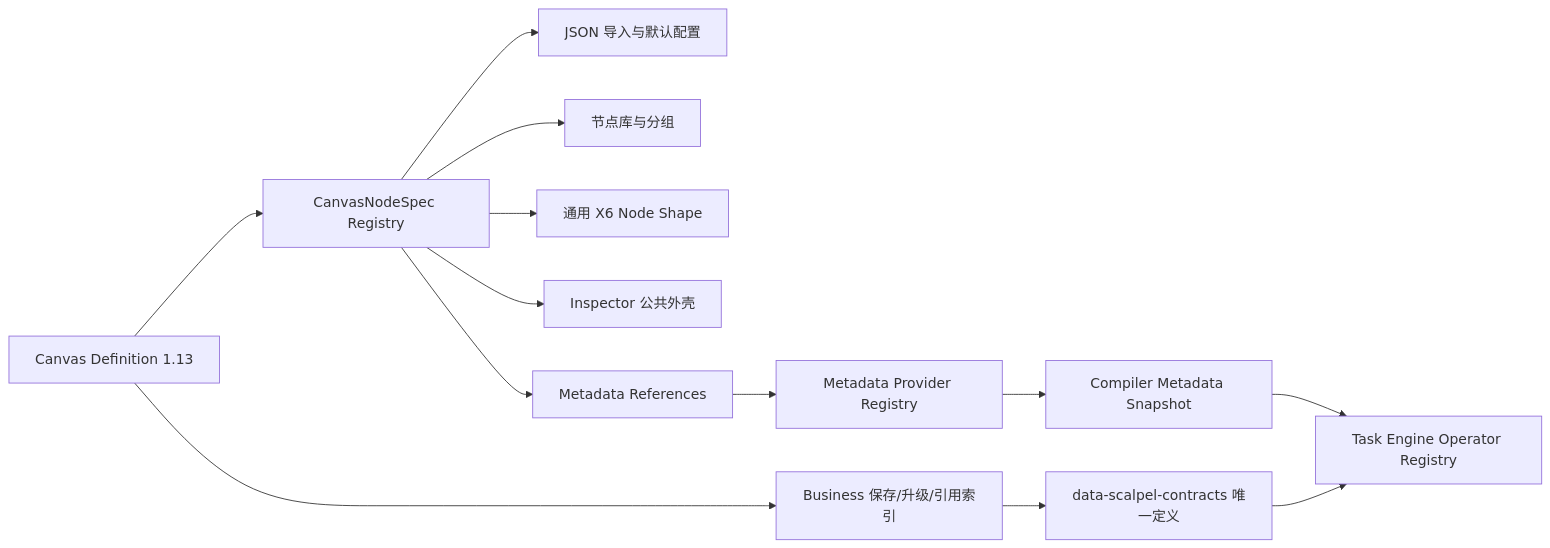
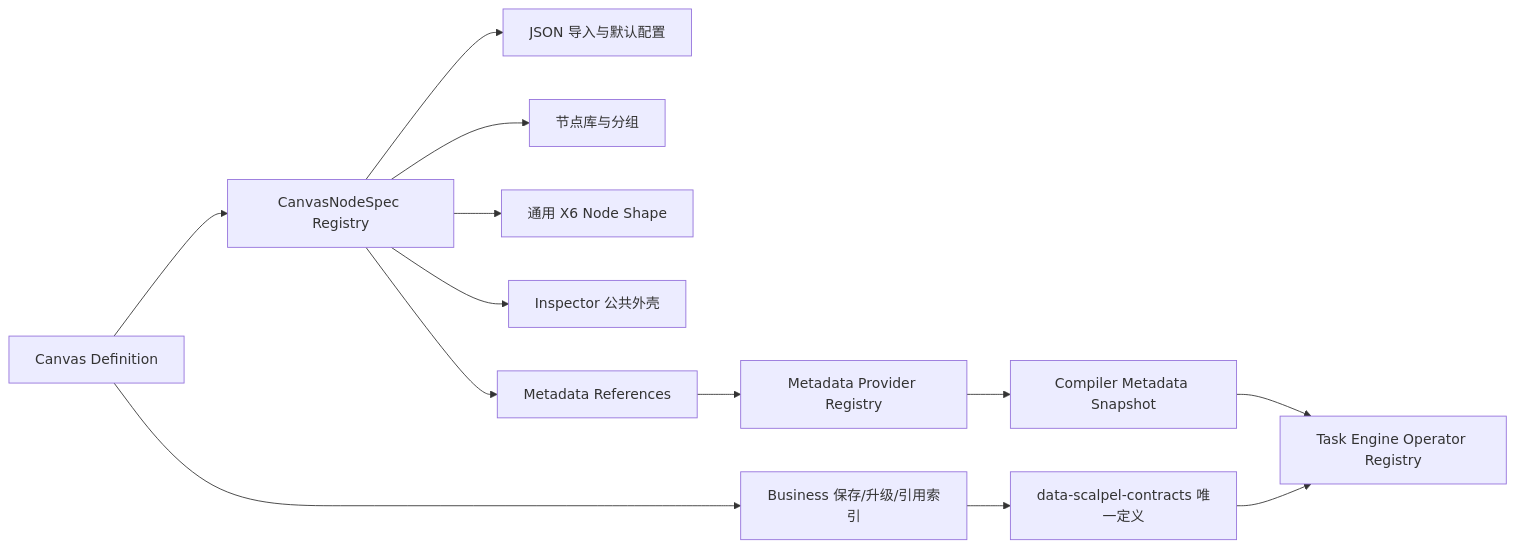
Before and after one commit to SuperHuang-CN/SuperDataScalpel: the diagram in docs/design/canvas-node-extension-architecture.md, drawn with Mermaid. The commit also changed other lines of this file and 1373 other files, not shown here.

````diff
--- a/docs/design/canvas-node-extension-architecture.md
+++ b/docs/design/canvas-node-extension-architecture.md
@@ -64,15 +64,15 @@
 ```mermaid
 flowchart LR
-    Definition["Canvas Definition 1.13"] --> ProtocolRegistry["CanvasNodeSpec Registry"]
+    Definition["Canvas Definition"] --> ProtocolRegistry["CanvasNodeSpec Registry"]
     ProtocolRegistry --> IO["JSON 导入与默认配置"]
     ProtocolRegistry --> Palette["节点库与分组"]
     ProtocolRegistry --> Shape["通用 X6 Node Shape"]
     ProtocolRegistry --> InspectorShell["Inspector 公共外壳"]
     ProtocolRegistry --> MetadataRefs["Metadata References"]
     MetadataRefs --> ProviderRegistry["Metadata Provider Registry"]
     ProviderRegistry --> Snapshot["Compiler Metadata Snapshot"]
     Definition --> Business["Business 保存/升级/引用索引"]
     Business --> Contracts["data-scalpel-contracts 唯一定义"]
     Contracts --> EngineRegistry["Task Engine Operator Registry"]
     Snapshot --> EngineRegistry
 ```
````
